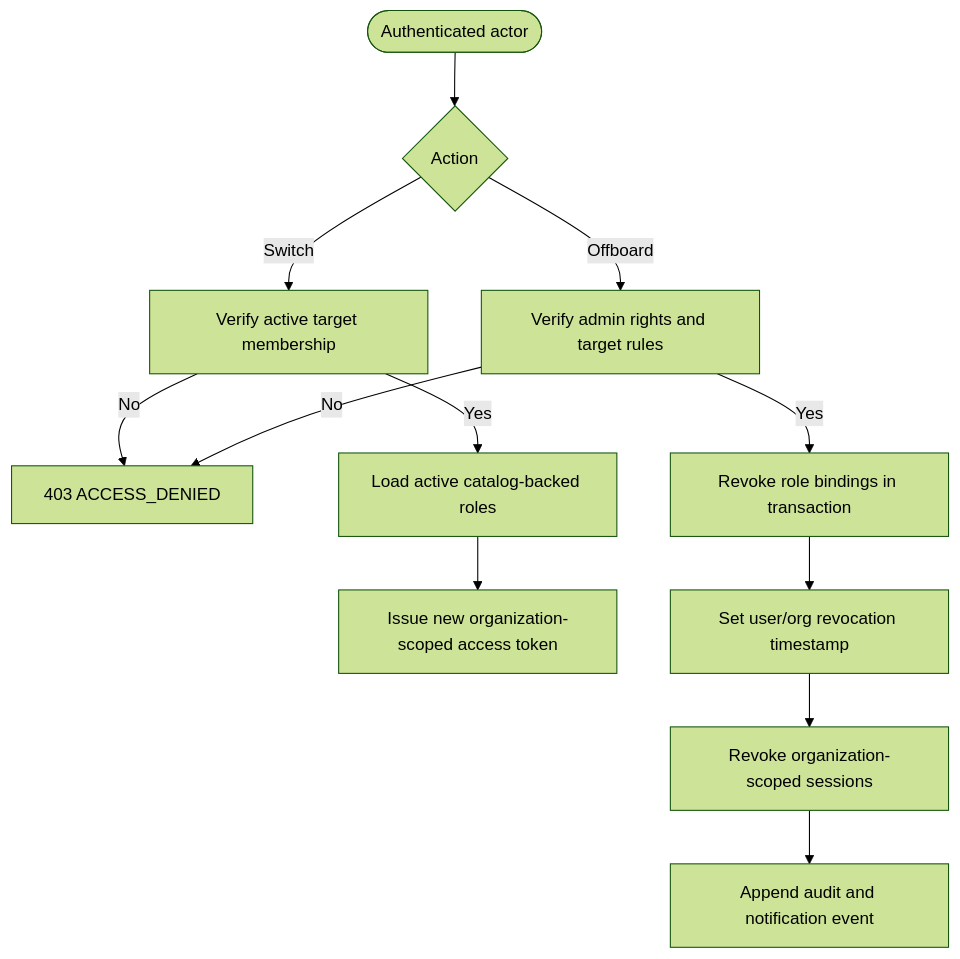
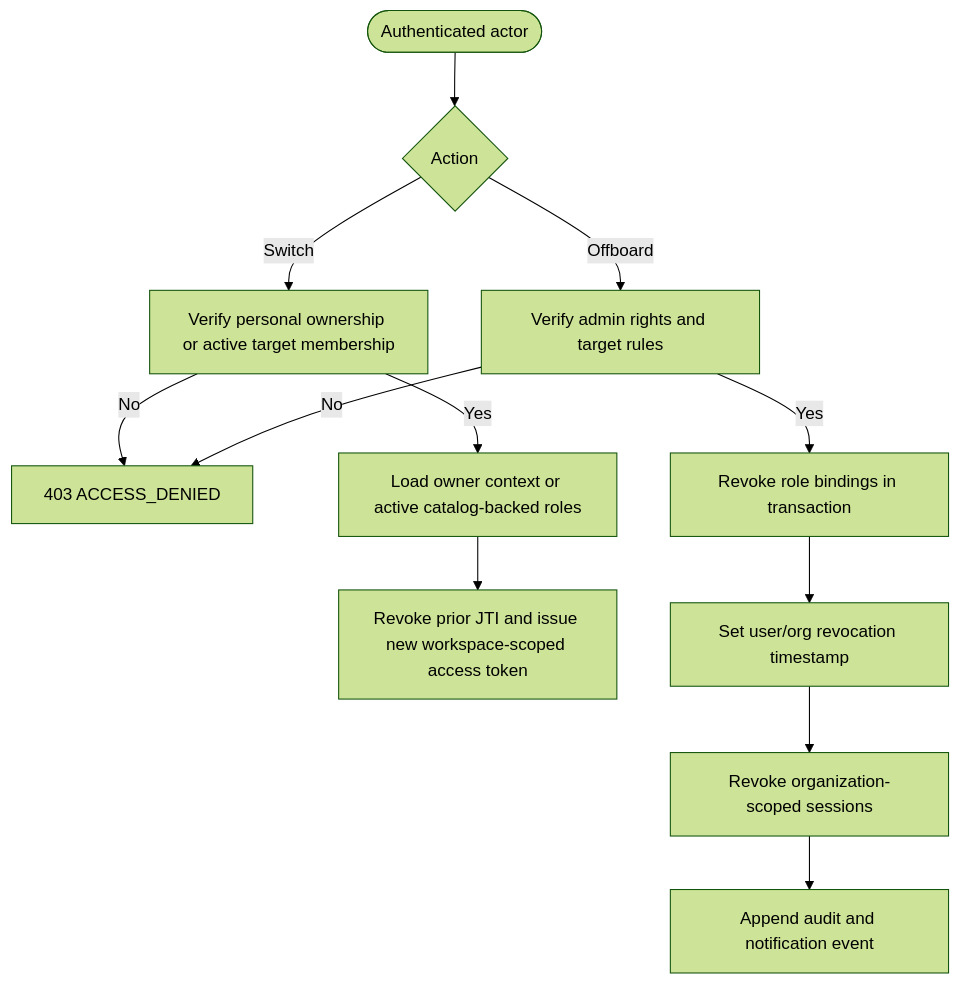
Before and after one commit to Yatish84/auth-core: the third of 6 diagrams in docs/use-cases/auth-core_functional_flowchart.md, drawn with Mermaid (forest theme). The commit also changed 28 other files, not shown here.

Commit message:
Complete organization workspace access

````diff
--- a/docs/use-cases/auth-core_functional_flowchart.md
+++ b/docs/use-cases/auth-core_functional_flowchart.md
@@ -54,14 +54,14 @@
 ```mermaid
 flowchart TD
     ACTOR([Authenticated actor]) --> ACTION{Action}
-    ACTION -->|Switch| MEMBER[Verify active target membership]
+    ACTION -->|Switch| MEMBER[Verify personal ownership or active target membership]
     MEMBER -->|No| DENY[403 ACCESS_DENIED]
-    MEMBER -->|Yes| ROLES[Load active catalog-backed roles]
-    ROLES --> JWT[Issue new organization-scoped access token]
+    MEMBER -->|Yes| ROLES[Load owner context or active catalog-backed roles]
+    ROLES --> JWT[Revoke prior JTI and issue new workspace-scoped access token]
     ACTION -->|Offboard| ADMIN[Verify admin rights and target rules]
     ADMIN -->|No| DENY
     ADMIN -->|Yes| TX[Revoke role bindings in transaction]
     TX --> REV[Set user/org revocation timestamp]
     REV --> SESSIONS[Revoke organization-scoped sessions]
     SESSIONS --> AUDIT[Append audit and notification event]
 ```
````
